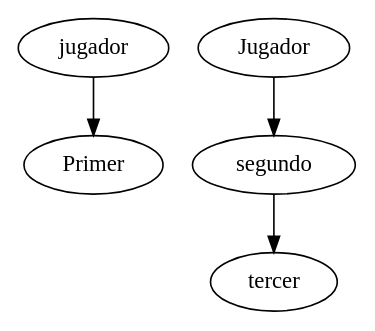
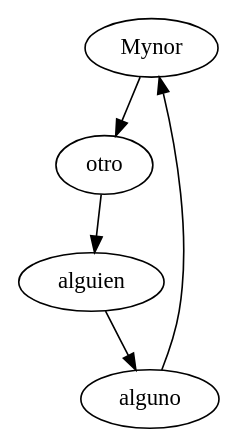
Before and after one commit to Mynor16/Practica1s12017_201213197: the diagram in src/PLCircular/GraficaListaCircular.dot, drawn with Graphviz. The commit also changed 12 other files, not shown here.

Commit message:
Reemplazo de fichas de la mano de jugador por otro elemento de la cola, exitoso Inicio de interfaz grafica

```diff
--- a/src/PLCircular/GraficaListaCircular.dot
+++ b/src/PLCircular/GraficaListaCircular.dot
@@ -1,8 +1,10 @@
 digraph G 
- {Primer Jugador;
-segundo;
-tercer jugador;
-Primer Jugador->segundo;
-segundo->tercer jugador;
-tercer jugador->Primer Jugador;
+ {Mynor;
+otro;
+alguien;
+alguno;
+Mynor->otro;
+otro->alguien;
+alguien->alguno;
+alguno->Mynor;
 }
```
